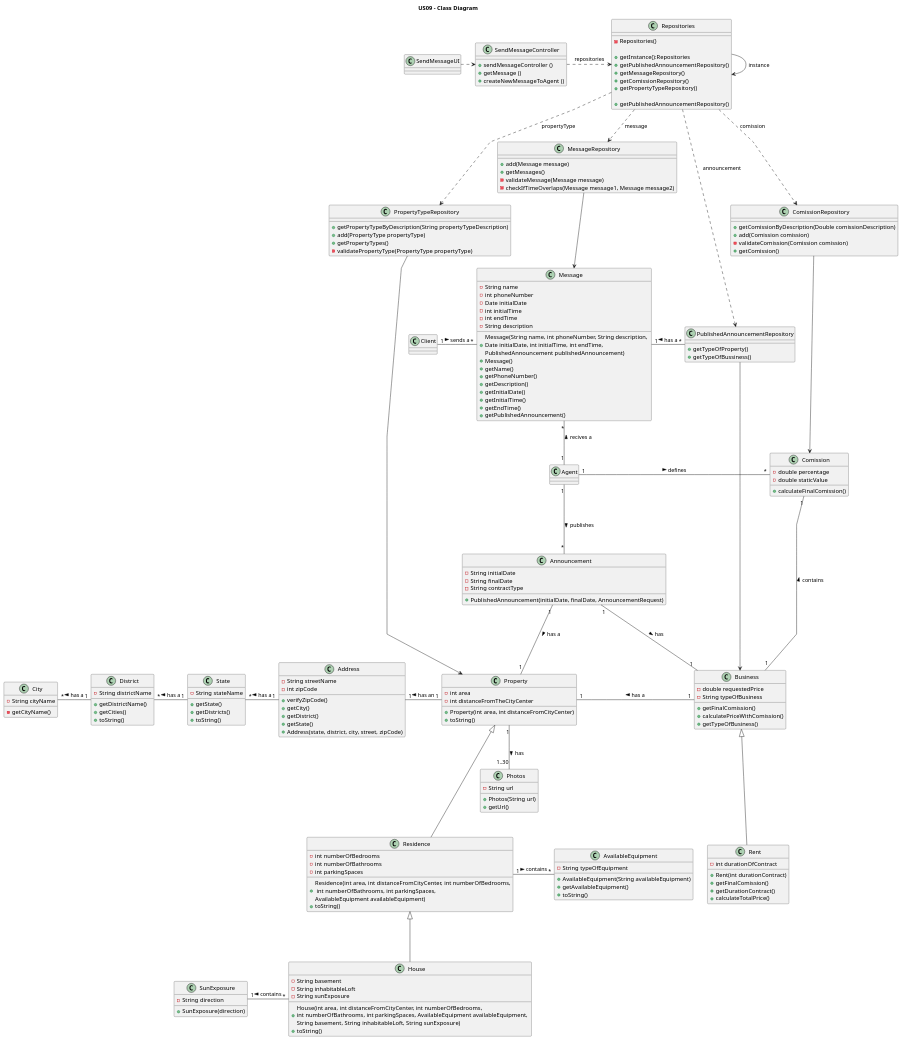
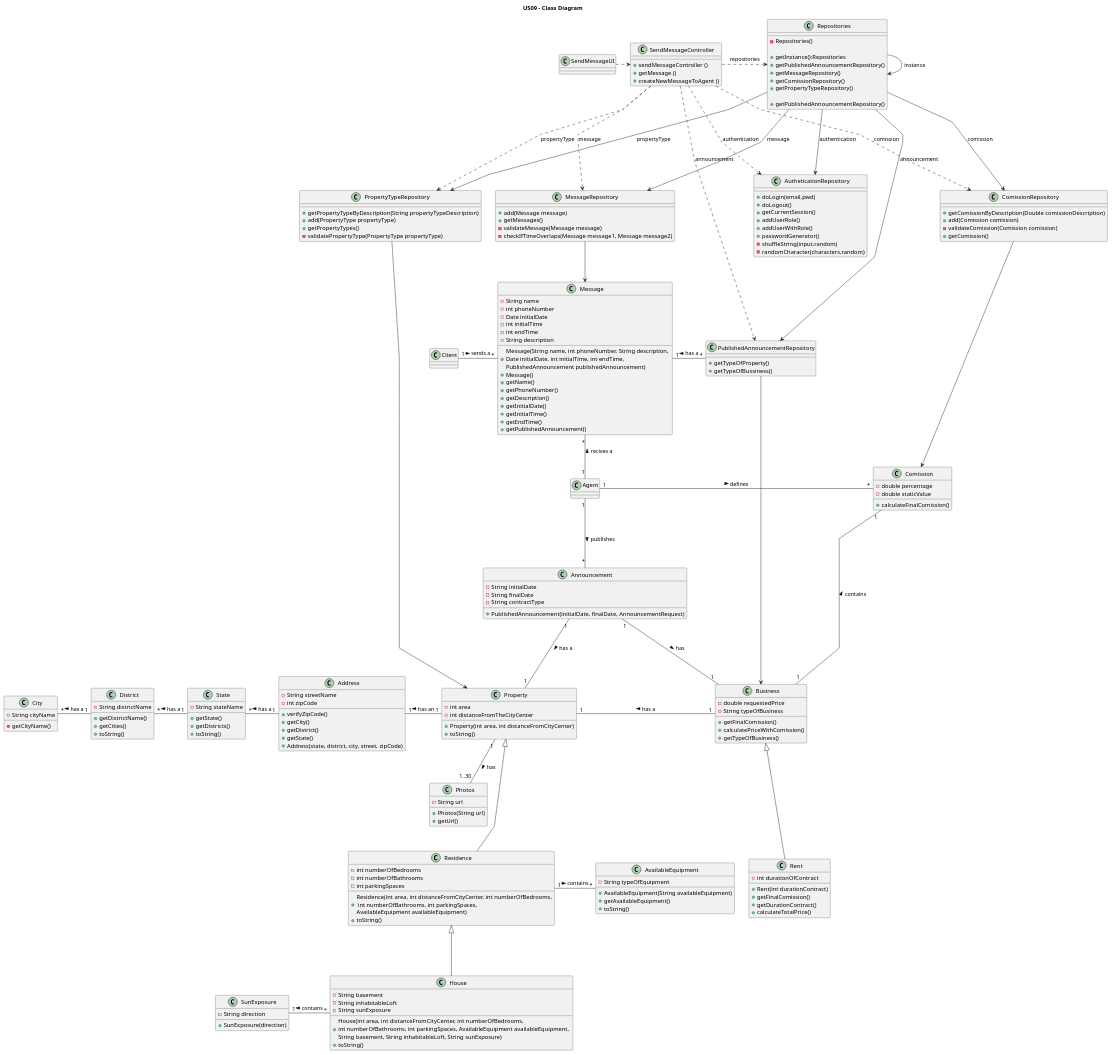
Before and after one commit to PureNimble/ISEP-LAPR2: the diagram in docs/sprintC/US09/03.design/puml/us09-class-diagram.puml, drawn with PlantUML. The commit also changed 1 other file, not shown here.

Commit message:
US09 - Sequence Diagram and Class Diagram update (small correction)

```diff
--- a/docs/sprintC/US09/03.design/puml/us09-class-diagram.puml
+++ b/docs/sprintC/US09/03.design/puml/us09-class-diagram.puml
@@ -155,6 +155,16 @@
 class Client{
 }
 
+class AutheticationRepository{
++doLogin(email,pwd)
++doLogout()
++getCurrentSession()
++addUserRole()
++addUserWithRole()
++passwordGenerator()
+-shuffleString(input,random)
+-randomCharacter(characters,random)
+}
 
 
 class Address {
@@ -237,12 +247,19 @@
 
 
 SendMessageController .> Repositories : repositories
-Repositories --> Repositories :instance
+Repositories ---> Repositories :instance
 'Repositories ..> UserRepository : user
-Repositories ..> ComissionRepository : comission
-Repositories ..> PublishedAnnouncementRepository : announcement
-Repositories ..> PropertyTypeRepository : propertyType
-Repositories ..> MessageRepository : message
+Repositories ---> ComissionRepository : comission
+Repositories ---> PublishedAnnouncementRepository : announcement
+Repositories ---> PropertyTypeRepository : propertyType
+Repositories ---> MessageRepository : message
+Repositories ---> AutheticationRepository : authentication
+
+SendMessageController ...> ComissionRepository : comission
+SendMessageController ...> PublishedAnnouncementRepository : announcement
+SendMessageController ...> PropertyTypeRepository : propertyType
+SendMessageController ...> MessageRepository : message
+SendMessageController ...> AutheticationRepository : authentication
 
 MessageRepository -down-> Message
 Agent "1" -up- "*" Message : recives a >
```
